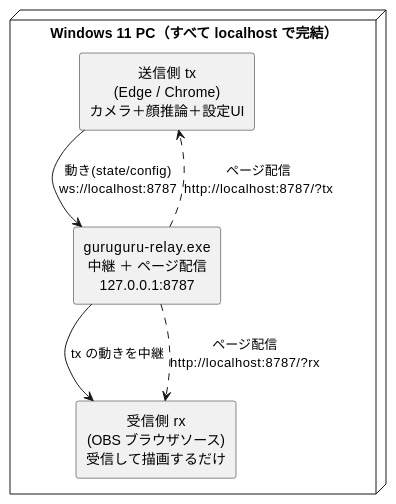
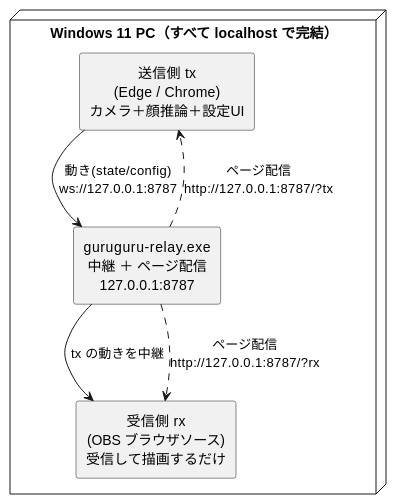
One commit to tommie-jp/tomari-guruguru changed the first of 2 diagrams in docs-camera/12-OBSリレイサーバの使い方.md. Above: the diagram before and after it, drawn with PlantUML. The commit also changed other lines of this file and 29 other files, not shown here.

````diff
--- a/docs-camera/12-OBSリレイサーバの使い方.md
+++ b/docs-camera/12-OBSリレイサーバの使い方.md
@@ -20,18 +20,18 @@
 ```plantuml
 @startuml
 skinparam componentStyle rectangle
 skinparam shadowing false
 skinparam defaultTextAlignment center
 
 node "Windows 11 PC（すべて localhost で完結）" {
   [送信側 tx\n(Edge / Chrome)\nカメラ＋顔推論＋設定UI] as TX
   [guruguru-relay.exe\n中継 ＋ ページ配信\n127.0.0.1:8787] as RELAY
   [受信側 rx\n(OBS ブラウザソース)\n受信して描画するだけ] as RX
 }
 
-TX -right-> RELAY : 動き(state/config)\nws://localhost:8787
+TX -right-> RELAY : 動き(state/config)\nws://127.0.0.1:8787
 RELAY -right-> RX : tx の動きを中継
-RELAY ..> TX : ページ配信\nhttp://localhost:8787/?tx
-RELAY ..> RX : ページ配信\nhttp://localhost:8787/?rx
+RELAY ..> TX : ページ配信\nhttp://127.0.0.1:8787/?tx
+RELAY ..> RX : ページ配信\nhttp://127.0.0.1:8787/?rx
 @enduml
 ```
````
